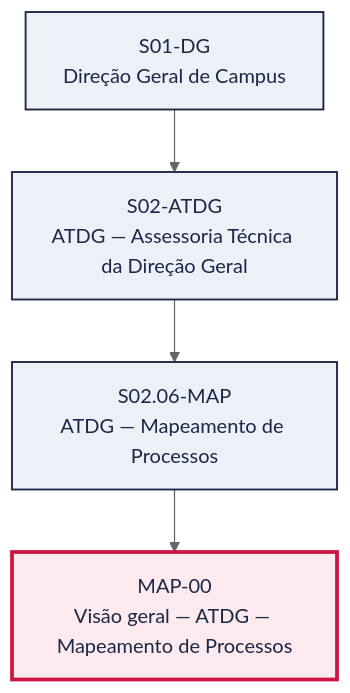
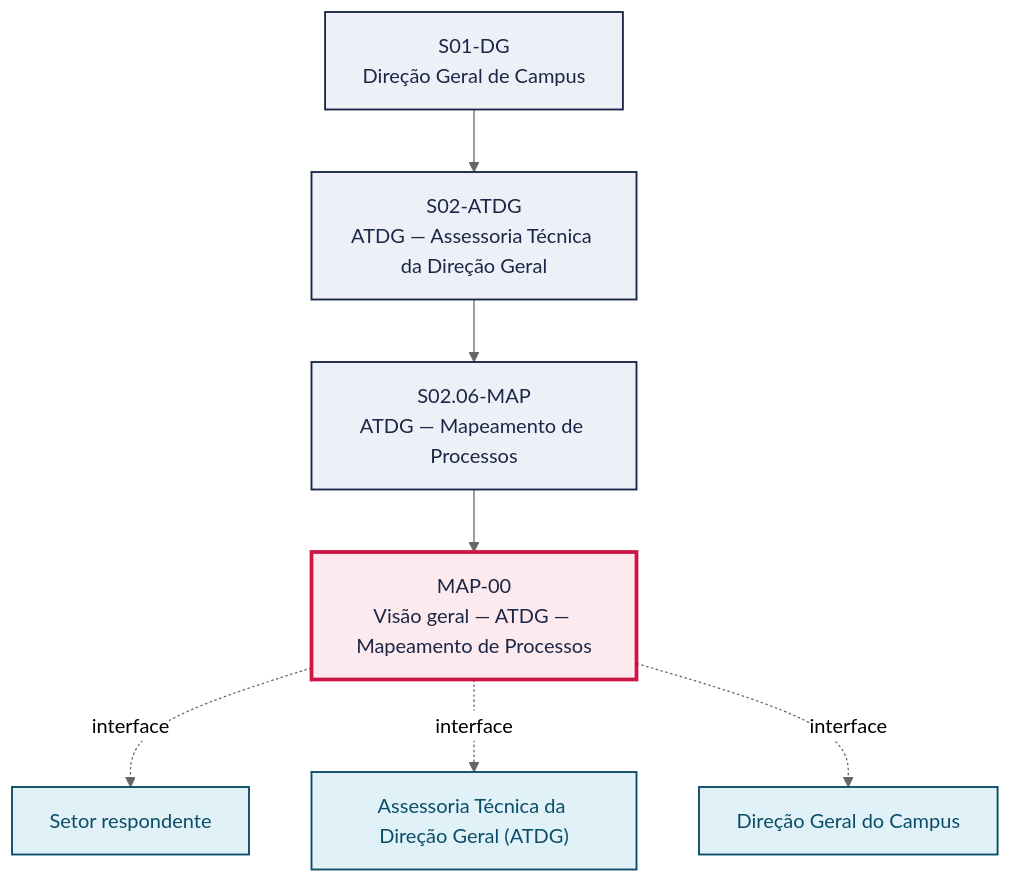
The first of 2 diagrams in pops/MAP/MAP-00.md (jessefers/canvas-vivo-atdg), drawn with Mermaid (neutral theme) before and after one commit. The commit also changed other lines of this file and 61 other files, not shown here.

````diff
--- a/pops/MAP/MAP-00.md
+++ b/pops/MAP/MAP-00.md
@@ -49,15 +52,22 @@
 ```mermaid
 graph TD
   S01_DG["S01-DG<br/>Direção Geral de Campus"]
   S02_ATDG["S02-ATDG<br/>ATDG — Assessoria Técnica da Direção Geral"]
   S01_DG --> S02_ATDG
   S02_06_MAP["S02.06-MAP<br/>ATDG — Mapeamento de Processos"]
   S02_ATDG --> S02_06_MAP
   P["MAP-00<br/>Visão geral — ATDG — Mapeamento de Processos"]
   S02_06_MAP --> P
+  V1["Setor respondente"]
+  P -. interface .-> V1
+  V2["Assessoria Técnica da Direção Geral (ATDG)"]
+  P -. interface .-> V2
+  V3["Direção Geral do Campus"]
+  P -. interface .-> V3
   classDef setor fill:#EEF0F7,stroke:#1B2747,stroke-width:1.5px,color:#1B2747
   classDef destaque fill:#FDEAEE,stroke:#CC1544,stroke-width:3px,color:#1B2747
   classDef vizinho fill:#E0F2F8,stroke:#0B4D66,stroke-width:1.5px,color:#0B4D66
   class S01_DG,S02_ATDG,S02_06_MAP setor
   class P destaque
+  class V1,V2,V3 vizinho
 ```
````
